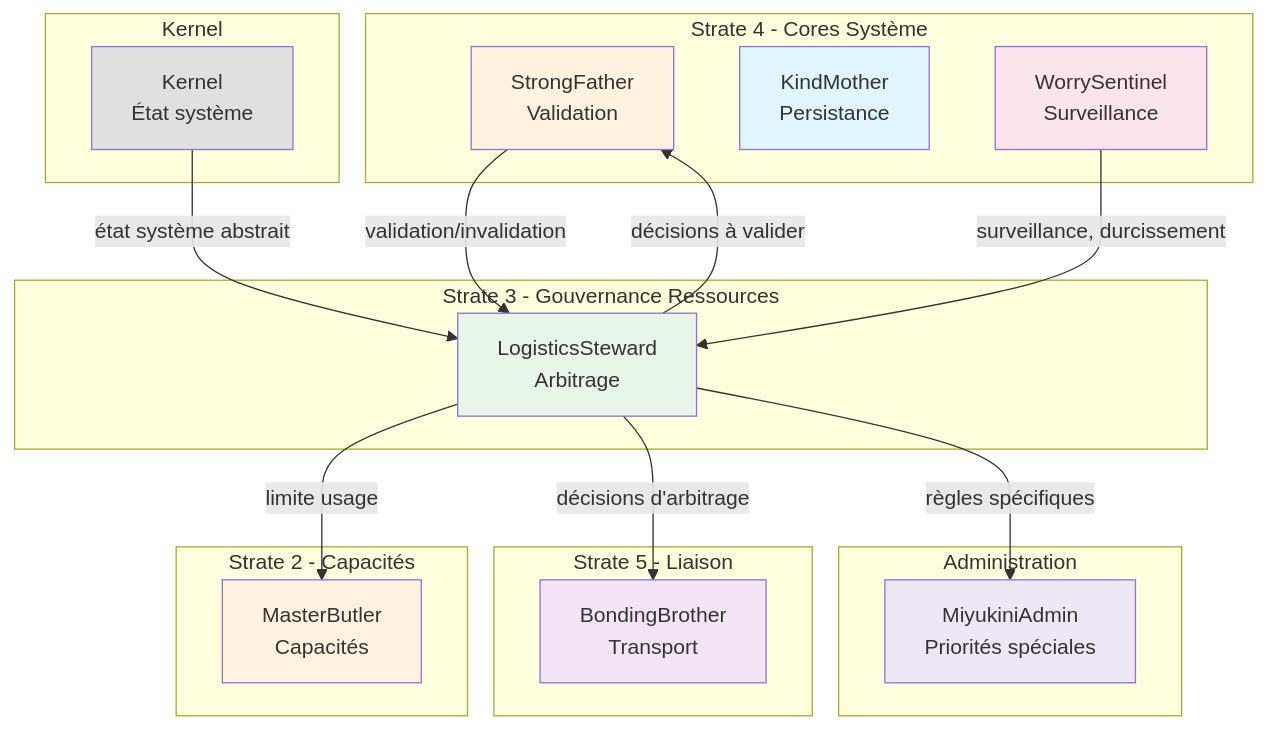
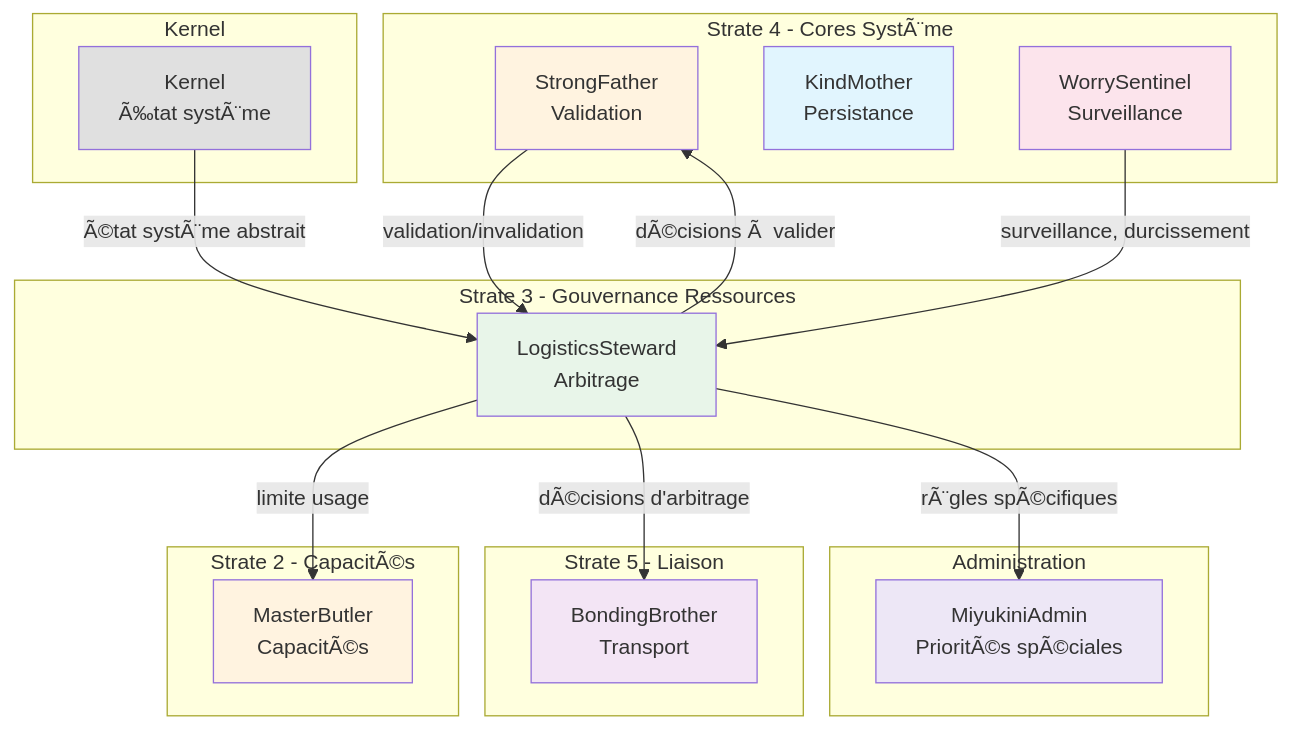
Before and after one commit to StudioMiyukini/miyukini_cog: the diagram in docs/cores/LogisticsSteward/_index.md, drawn with Mermaid. The commit also changed other lines of this file and 1287 other files, not shown here.

````diff
--- a/docs/cores/LogisticsSteward/_index.md
+++ b/docs/cores/LogisticsSteward/_index.md
@@ -181,53 +181,53 @@
 ```mermaid
 graph TB
-    subgraph Strate4[Strate 4 - Cores Système]
+    subgraph Strate4[Strate 4 - Cores SystÃ¨me]
         SF[StrongFather<br/>Validation]
         KM[KindMother<br/>Persistance]
         WS[WorrySentinel<br/>Surveillance]
     end
 
     subgraph Strate3[Strate 3 - Gouvernance Ressources]
         LS[LogisticsSteward<br/>Arbitrage]
     end
 
-    subgraph Strate2[Strate 2 - Capacités]
-        MB[MasterButler<br/>Capacités]
+    subgraph Strate2[Strate 2 - CapacitÃ©s]
+        MB[MasterButler<br/>CapacitÃ©s]
     end
 
     subgraph Strate5[Strate 5 - Liaison]
         BB[BondingBrother<br/>Transport]
     end
 
     subgraph Kernel[Kernel]
-        K[Kernel<br/>État système]
+        K[Kernel<br/>Ã‰tat systÃ¨me]
     end
 
     subgraph Admin[Administration]
-        MA[MiyukiniAdmin<br/>Priorités spéciales]
+        MA[MiyukiniAdmin<br/>PrioritÃ©s spÃ©ciales]
     end
 
-    K -->|"état système abstrait"| LS
-    LS -->|"décisions à valider"| SF
+    K -->|"Ã©tat systÃ¨me abstrait"| LS
+    LS -->|"dÃ©cisions Ã  valider"| SF
     SF -->|"validation/invalidation"| LS
     LS -->|"limite usage"| MB
     WS -->|"surveillance, durcissement"| LS
-    LS -->|"décisions d'arbitrage"| BB
-    LS -->|"règles spécifiques"| MA
+    LS -->|"dÃ©cisions d'arbitrage"| BB
+    LS -->|"rÃ¨gles spÃ©cifiques"| MA
 
     classDef coreGouvernance fill:#e8f5e9
     classDef coreData fill:#e1f5fe
     classDef coreDecision fill:#fff3e0
     classDef liaison fill:#f3e5f5
     classDef supervision fill:#fce4ec
     classDef kernel fill:#e0e0e0
     classDef admin fill:#ede7f6
 
     class LS coreGouvernance
     class KM coreData
     class SF coreDecision
     class BB liaison
     class WS supervision
     class K kernel
     class MA admin
     class MB coreDecision
 ```
````
